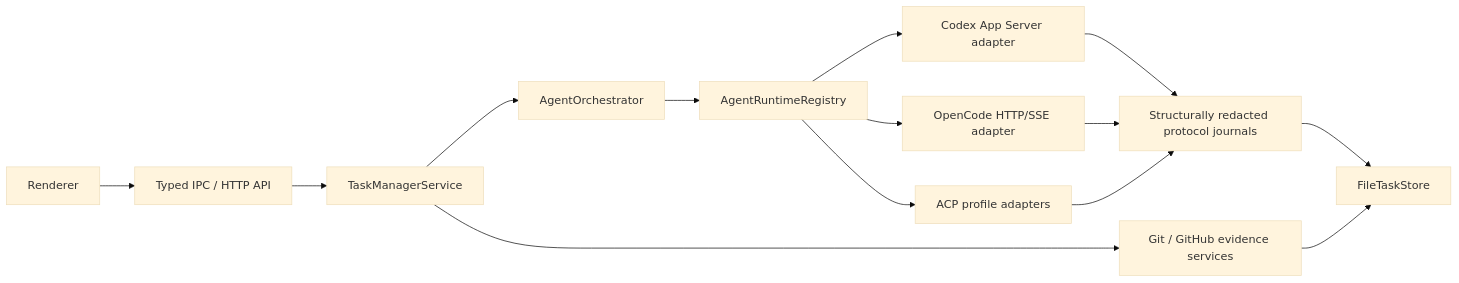
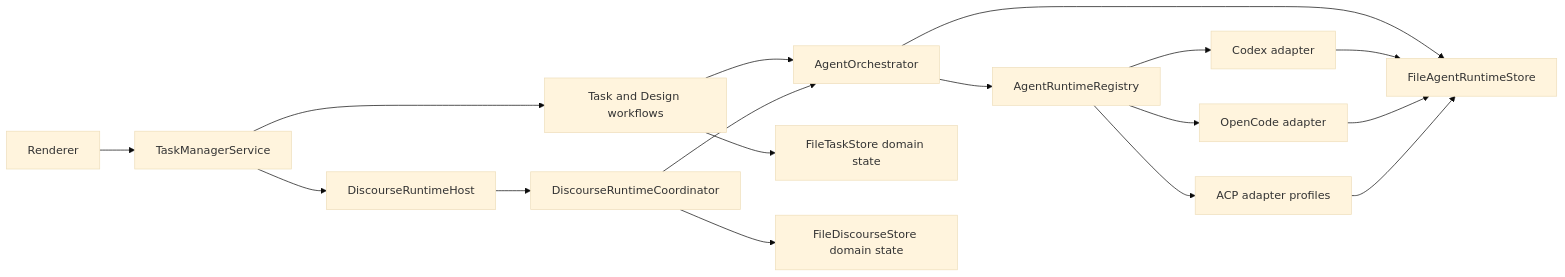
One commit to RojhatToptamus/task-monki changed the diagram in docs/architecture/AGENT_RUNTIME_ARCHITECTURE.md. Above: the diagram before and after it, drawn with Mermaid (base theme). The commit also changed other lines of this file and 88 other files, not shown here.

First line of the commit message:
refactor(agent): unify provider runtime lifecycle

````diff
--- a/docs/architecture/AGENT_RUNTIME_ARCHITECTURE.md
+++ b/docs/architecture/AGENT_RUNTIME_ARCHITECTURE.md
@@ -87,16 +161,19 @@
 ```mermaid
 flowchart LR
-  UI["Renderer"] --> API["Typed IPC / HTTP API"]
-  API --> Service["TaskManagerService"]
-  Service --> Orchestrator["AgentOrchestrator"]
-  Orchestrator --> Registry["AgentRuntimeRegistry"]
-  Registry --> Codex["Codex App Server adapter"]
-  Registry --> OpenCode["OpenCode HTTP/SSE adapter"]
-  Registry --> ACP["ACP profile adapters"]
-  Codex --> Journal["Structurally redacted protocol journals"]
-  OpenCode --> Journal
-  ACP --> Journal
-  Journal --> Store["FileTaskStore"]
-  Service --> Evidence["Git / GitHub evidence services"]
-  Evidence --> Store
+  UI[Renderer] --> Service[TaskManagerService]
+  Service --> TaskFlow[Task and Design workflows]
+  Service --> DiscourseFlow[DiscourseRuntimeHost]
+  TaskFlow --> Orchestrator[AgentOrchestrator]
+  DiscourseFlow --> DiscourseCoordinator[DiscourseRuntimeCoordinator]
+  DiscourseCoordinator --> Orchestrator
+  Orchestrator --> Registry[AgentRuntimeRegistry]
+  Registry --> Codex[Codex adapter]
+  Registry --> OpenCode[OpenCode adapter]
+  Registry --> ACP[ACP adapter profiles]
+  Orchestrator --> RuntimeStore[FileAgentRuntimeStore]
+  Codex --> RuntimeStore
+  OpenCode --> RuntimeStore
+  ACP --> RuntimeStore
+  TaskFlow --> TaskStore[FileTaskStore domain state]
+  DiscourseCoordinator --> DiscourseStore[FileDiscourseStore domain state]
 ```
````
